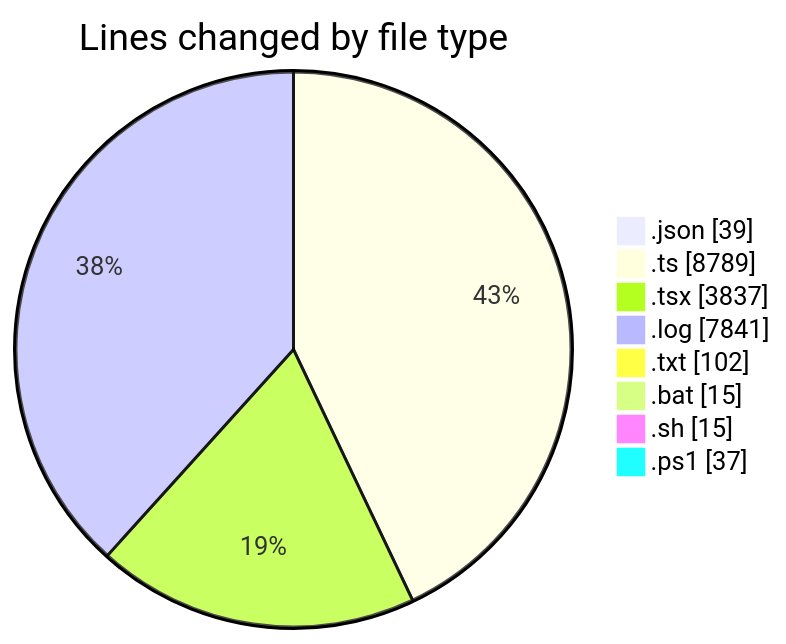
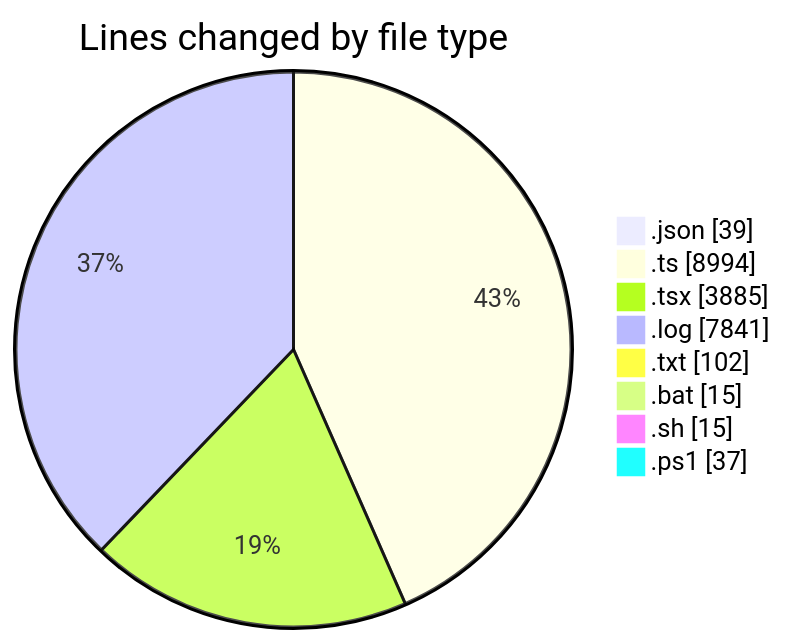
The first of 2 diagrams in 2025-09-13/napxuvn/README.md (lephambinh05/code-tracking), drawn with Mermaid before and after one commit. The commit also changed other lines of this file and 1 other file, not shown here.

````diff
--- a/2025-09-13/napxuvn/README.md
+++ b/2025-09-13/napxuvn/README.md
@@ -88,12 +90,12 @@
 ```mermaid
 pie showData
 title Lines changed by file type
 ".json" : 39
-".ts" : 8789
-".tsx" : 3837
+".ts" : 8994
+".tsx" : 3885
 ".log" : 7841
 ".txt" : 102
 ".bat" : 15
 ".sh" : 15
 ".ps1" : 37
 ```
````
